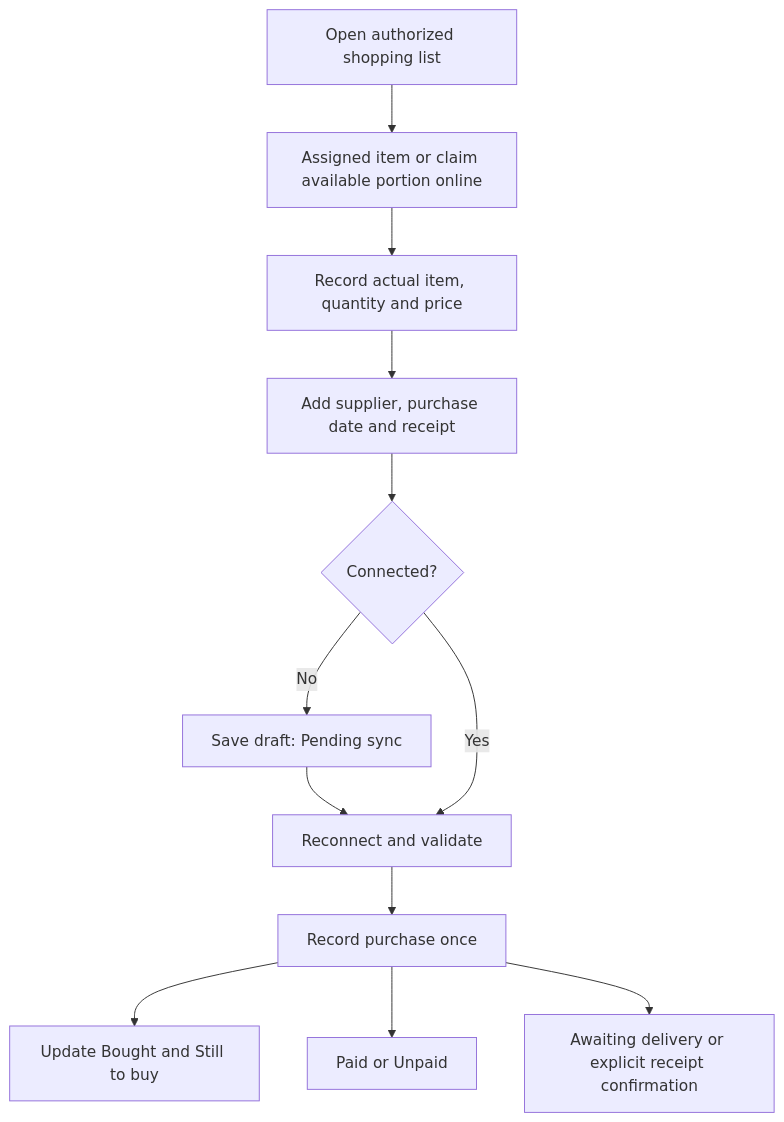
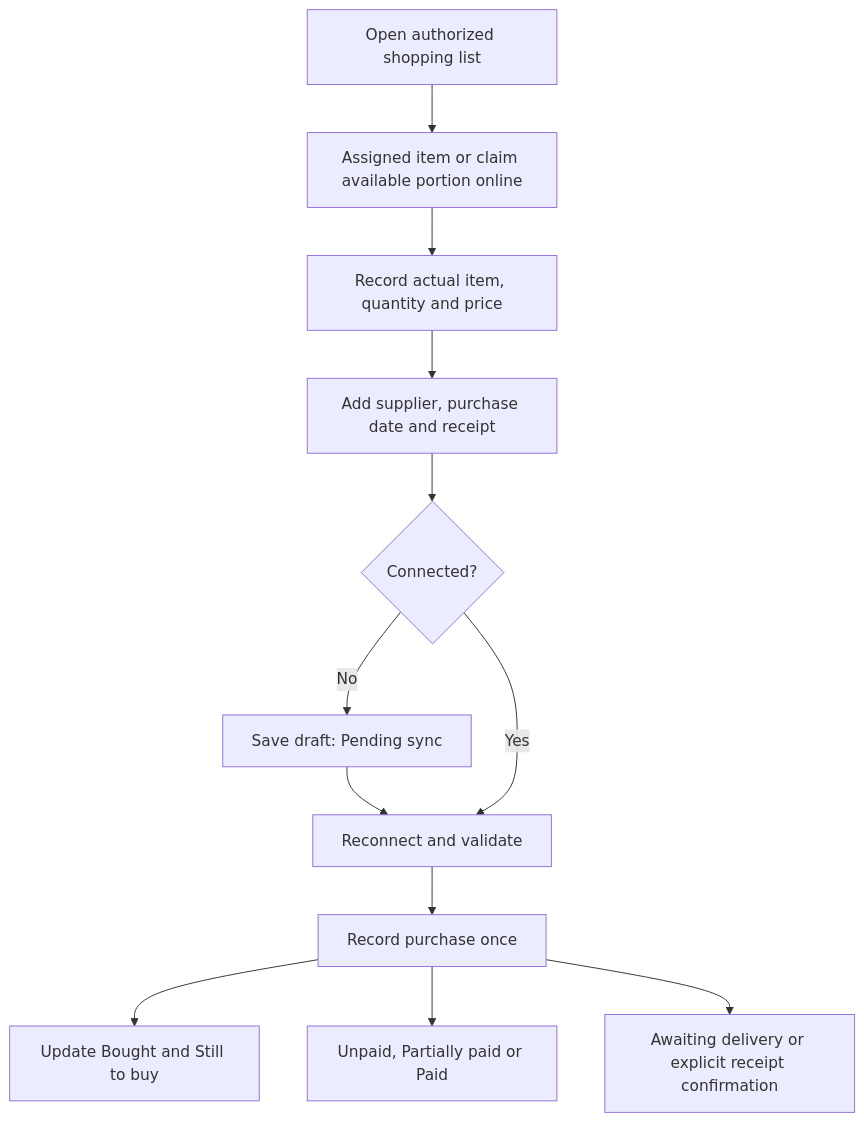
The diagram in docs/superpowers/specs/2026-09-30-workmate-mobile-purchasing-design.md (dacscompany-corp/DaCs_Company), drawn with Mermaid before and after one commit. The commit also changed other lines of this file and 13 other files, not shown here.

````diff
--- a/docs/superpowers/specs/2026-09-30-workmate-mobile-purchasing-design.md
+++ b/docs/superpowers/specs/2026-09-30-workmate-mobile-purchasing-design.md
@@ -36,14 +36,14 @@
 ```mermaid
 flowchart TD
     A[Open authorized shopping list] --> B[Assigned item or claim available portion online]
     B --> C[Record actual item, quantity and price]
     C --> D[Add supplier, purchase date and receipt]
     D --> E{Connected?}
     E -->|No| F[Save draft: Pending sync]
     F --> G[Reconnect and validate]
     E -->|Yes| G
     G --> H[Record purchase once]
     H --> I[Update Bought and Still to buy]
-    H --> J[Paid or Unpaid]
+    H --> J[Unpaid, Partially paid or Paid]
     H --> K[Awaiting delivery or explicit receipt confirmation]
 ```
````
